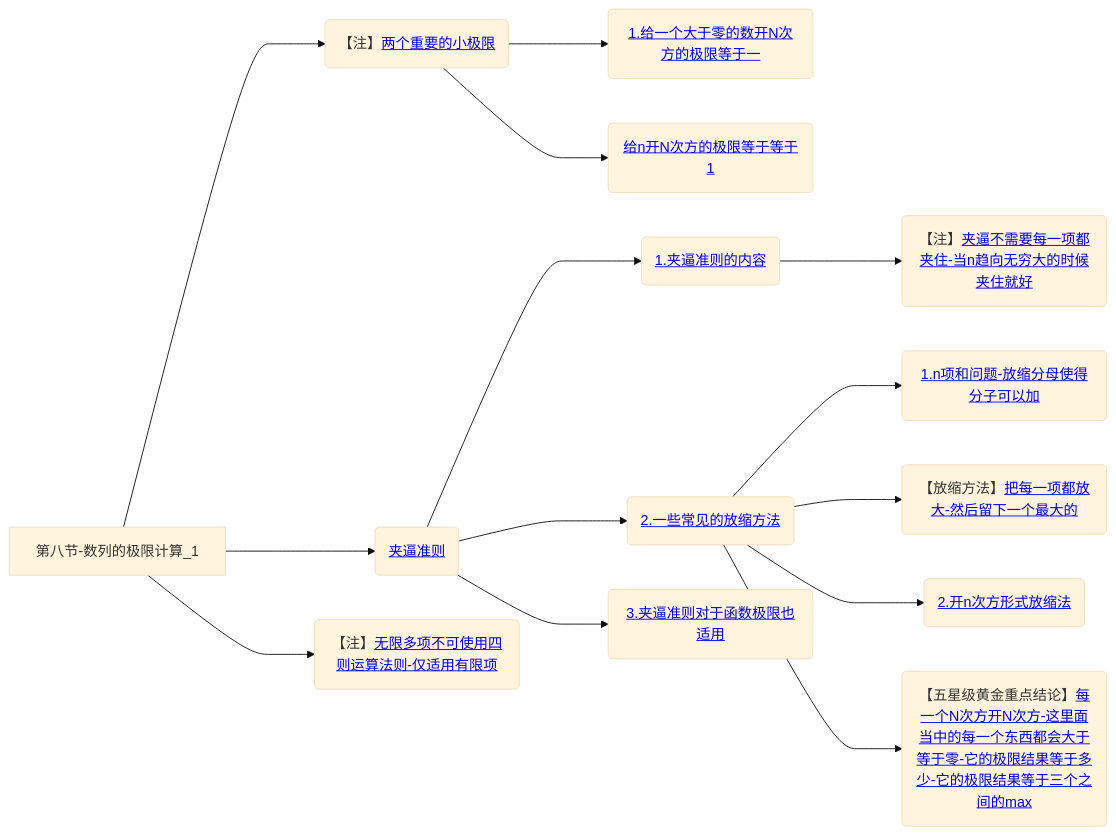
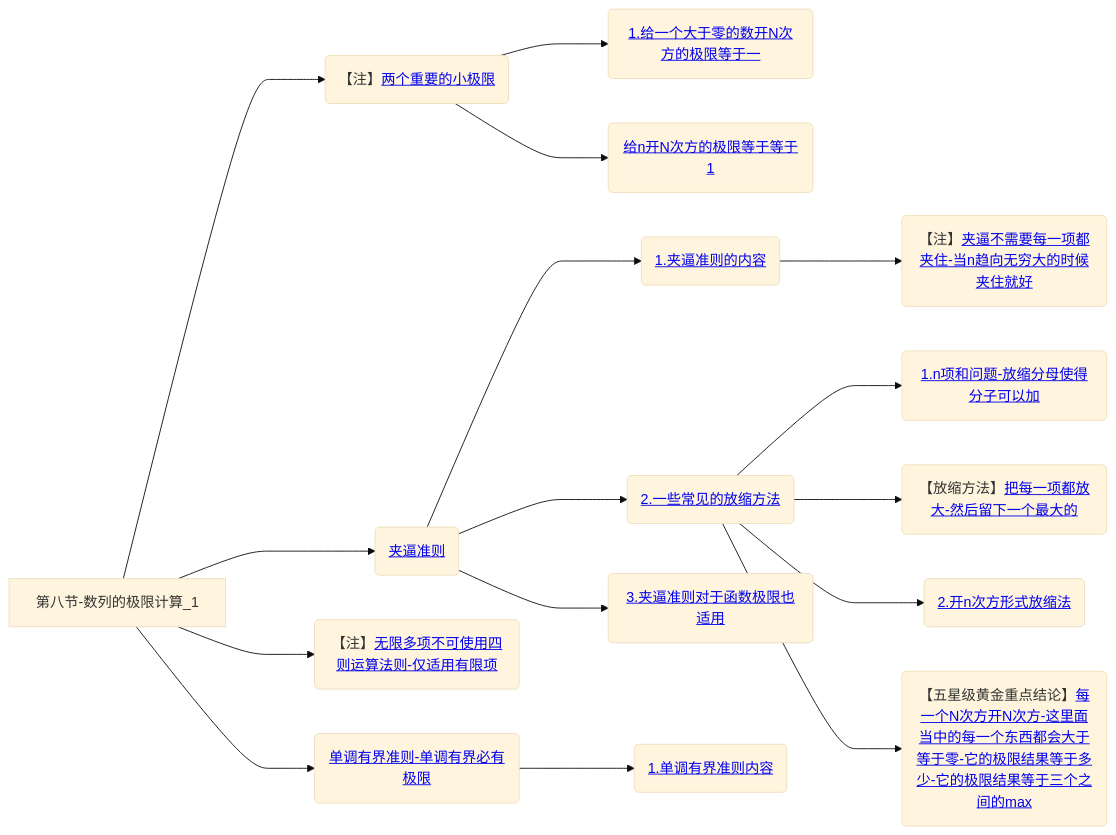
One commit to yuebinghui/note changed the eighth of 8 diagrams in 笔记/数学/周洋鑫/01.基础班思维导图.md. Above: the diagram before and after it, drawn with Mermaid (base theme). The commit also changed 6 other files, not shown here.

````diff
--- a/笔记/数学/周洋鑫/01.基础班思维导图.md
+++ b/笔记/数学/周洋鑫/01.基础班思维导图.md
@@ -311,23 +311,26 @@
 ```mermaid
 graph LR
 第八节-数列的极限计算_1
 
 第八节-数列的极限计算_1--->两个重要的小极限(【注】<a href="/Users/yuebinghui/Documents/program/github/note/笔记/数学/周洋鑫/基础班/08.数列的极限计算_1.md#两个重要的小极限">两个重要的小极限</>)
 两个重要的小极限--->1.给一个大于零的数开N次方的极限等于一(<a href="/Users/yuebinghui/Documents/program/github/note/笔记/数学/周洋鑫/基础班/08.数列的极限计算_1.md#1.给一个大于零的数开N次方的极限等于一">1.给一个大于零的数开N次方的极限等于一</>)
 两个重要的小极限--->给n开N次方的极限等于等于1(<a href="/Users/yuebinghui/Documents/program/github/note/笔记/数学/周洋鑫/基础班/08.数列的极限计算_1.md#给n开N次方的极限等于等于1">给n开N次方的极限等于等于1</>)
 
 第八节-数列的极限计算_1--->夹逼准则(<a href="/Users/yuebinghui/Documents/program/github/note/笔记/数学/周洋鑫/基础班/08.数列的极限计算_1.md#夹逼准则">夹逼准则</>)
 夹逼准则--->1.夹逼准则的内容(<a href="/Users/yuebinghui/Documents/program/github/note/笔记/数学/周洋鑫/基础班/08.数列的极限计算_1.md#1.夹逼准则的内容">1.夹逼准则的内容</>)
 1.夹逼准则的内容--->夹逼不需要每一项都夹住-当n趋向无穷大的时候夹住就好(【注】<a href="/Users/yuebinghui/Documents/program/github/note/笔记/数学/周洋鑫/基础班/08.数列的极限计算_1.md#夹逼不需要每一项都夹住-当n趋向无穷大的时候夹住就好">夹逼不需要每一项都夹住-当n趋向无穷大的时候夹住就好</>)
 
 第八节-数列的极限计算_1--->无限多项不可使用四则运算法则-仅适用有限项(【注】<a href="/Users/yuebinghui/Documents/program/github/note/笔记/数学/周洋鑫/基础班/08.数列的极限计算_1.md#无限多项不可使用四则运算法则-仅适用有限项">无限多项不可使用四则运算法则-仅适用有限项</>)
 
 夹逼准则--->2.一些常见的放缩方法(<a href="/Users/yuebinghui/Documents/program/github/note/笔记/数学/周洋鑫/基础班/08.数列的极限计算_1.md#2.一些常见的放缩方法">2.一些常见的放缩方法</>)
 2.一些常见的放缩方法--->1.n项和问题-放缩分母使得分子可以加(<a href="/Users/yuebinghui/Documents/program/github/note/笔记/数学/周洋鑫/基础班/08.数列的极限计算_1.md#1.n项和问题-放缩分母使得分子可以加">1.n项和问题-放缩分母使得分子可以加</>)
 2.一些常见的放缩方法--->把每一项都放大-然后留下一个最大的(【放缩方法】<a href="/Users/yuebinghui/Documents/program/github/note/笔记/数学/周洋鑫/基础班/08.数列的极限计算_1.md#把每一项都放大-然后留下一个最大的">把每一项都放大-然后留下一个最大的</>)
 2.一些常见的放缩方法--->2.开n次方形式放缩法(<a href="/Users/yuebinghui/Documents/program/github/note/笔记/数学/周洋鑫/基础班/08.数列的极限计算_1.md#2.开n次方形式放缩法">2.开n次方形式放缩法</>)
 2.一些常见的放缩方法--->每一个N次方开N次方-这里面当中的每一个东西都会大于等于零-它的极限结果等于多少-它的极限结果等于三个之间的max(【五星级黄金重点结论】<a href="/Users/yuebinghui/Documents/program/github/note/笔记/数学/周洋鑫/基础班/08.数列的极限计算_1.md#每一个N次方开N次方-这里面当中的每一个东西都会大于等于零-它的极限结果等于多少-它的极限结果等于三个之间的max">每一个N次方开N次方-这里面当中的每一个东西都会大于等于零-它的极限结果等于多少-它的极限结果等于三个之间的max</>)
 
 夹逼准则--->3.夹逼准则对于函数极限也适用(<a href="/Users/yuebinghui/Documents/program/github/note/笔记/数学/周洋鑫/基础班/08.数列的极限计算_1.md#3.夹逼准则对于函数极限也适用">3.夹逼准则对于函数极限也适用</>)
 
+第八节-数列的极限计算_1--->单调有界准则-单调有界必有极限(<a href="/Users/yuebinghui/Documents/program/github/note/笔记/数学/周洋鑫/基础班/08.数列的极限计算_1.md#单调有界准则-单调有界必有极限">单调有界准则-单调有界必有极限</>)
+单调有界准则-单调有界必有极限--->1.单调有界准则内容(<a href="/Users/yuebinghui/Documents/program/github/note/笔记/数学/周洋鑫/基础班/08.数列的极限计算_1.md#1.单调有界准则内容">1.单调有界准则内容</>)
+
 ```
````
